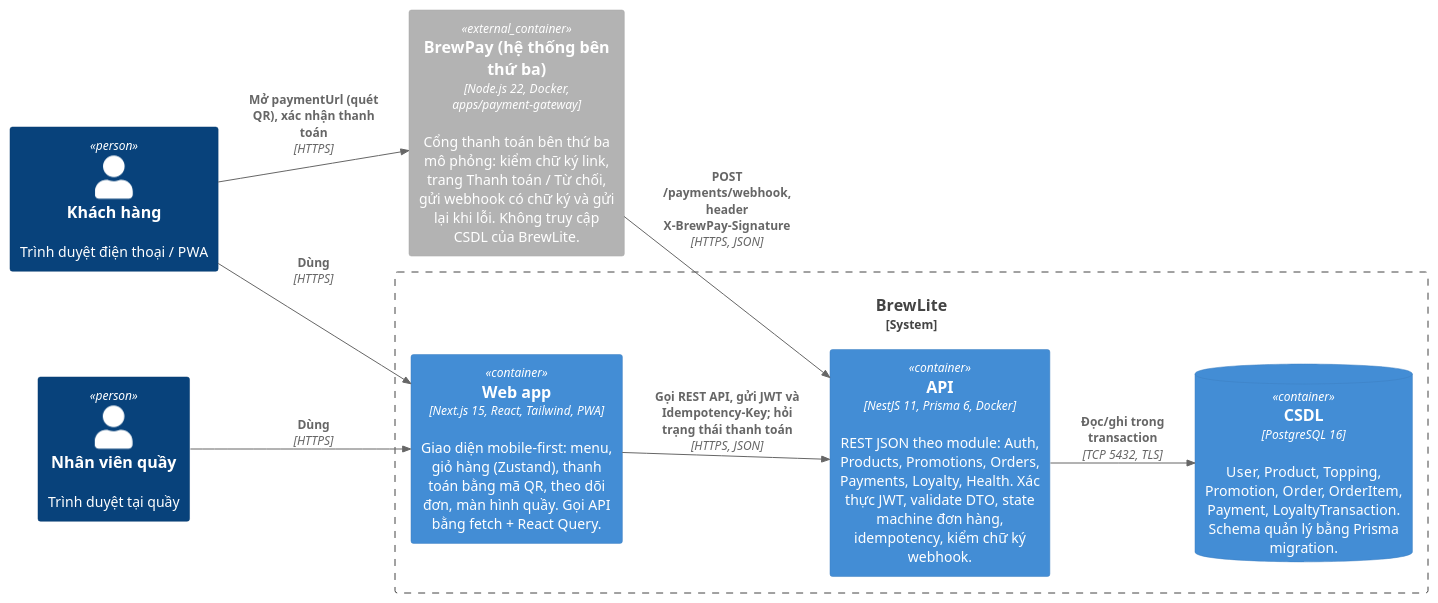
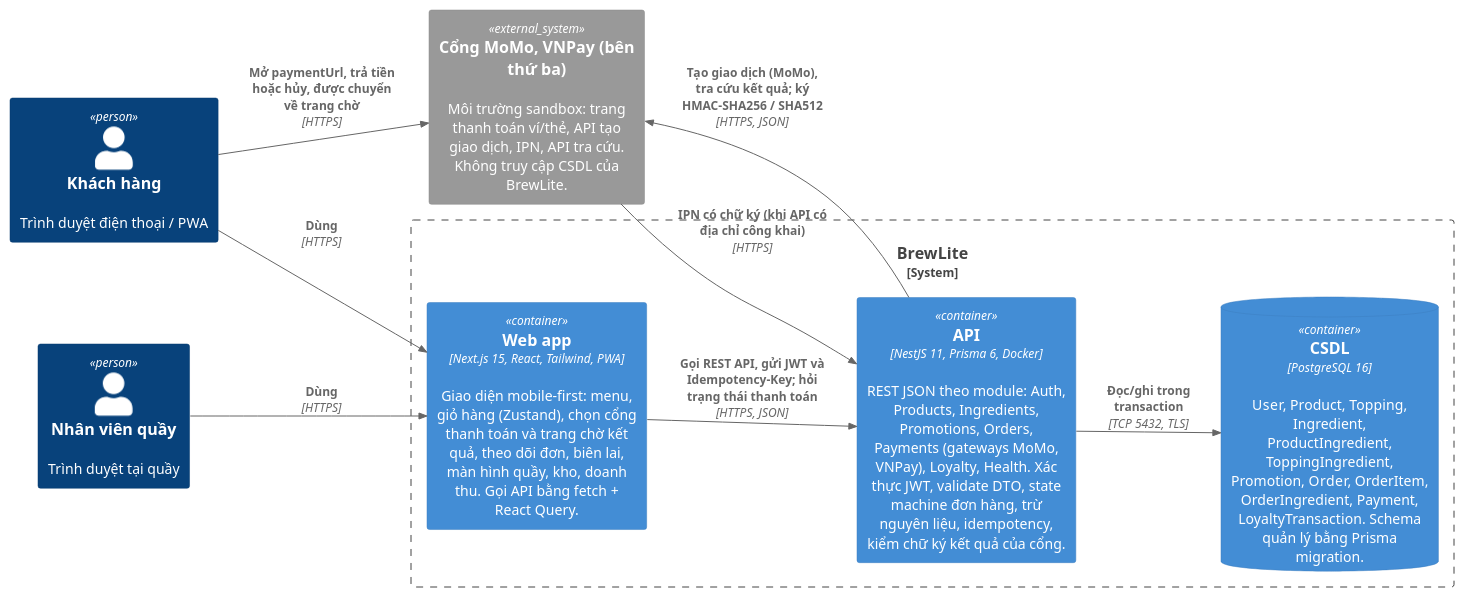
One commit to PhucLee23/brewlite-assignment2 changed the diagram in docs/architecture/c4-container.puml. Above: the diagram before and after it, drawn with PlantUML. The commit also changed 3 other files, not shown here.

Commit message:
docs(architecture): C4 context, container còn 3 dịch vụ, cổng MoMo, VNPay là hệ thống ngoài

```diff
--- a/docs/architecture/c4-container.puml
+++ b/docs/architecture/c4-container.puml
@@ -1,23 +1,24 @@
 @startuml c4-container
 ' C4 mức 2 – Container của BrewLite (Task 3.1)
 !include <C4/C4_Container>
 LAYOUT_LEFT_RIGHT()
 
 Person(customer, "Khách hàng", "Trình duyệt điện thoại / PWA")
 Person(staff, "Nhân viên quầy", "Trình duyệt tại quầy")
 
 System_Boundary(brewlite, "BrewLite") {
-  Container(web, "Web app", "Next.js 15, React, Tailwind, PWA", "Giao diện mobile-first: menu, giỏ hàng (Zustand), thanh toán bằng mã QR, theo dõi đơn, màn hình quầy. Gọi API bằng fetch + React Query.")
-  Container(api, "API", "NestJS 11, Prisma 6, Docker", "REST JSON theo module: Auth, Products, Promotions, Orders, Payments, Loyalty, Health. Xác thực JWT, validate DTO, state machine đơn hàng, idempotency, kiểm chữ ký webhook.")
-  ContainerDb(db, "CSDL", "PostgreSQL 16", "User, Product, Topping, Promotion, Order, OrderItem, Payment, LoyaltyTransaction. Schema quản lý bằng Prisma migration.")
+  Container(web, "Web app", "Next.js 15, React, Tailwind, PWA", "Giao diện mobile-first: menu, giỏ hàng (Zustand), chọn cổng thanh toán và trang chờ kết quả, theo dõi đơn, biên lai, màn hình quầy, kho, doanh thu. Gọi API bằng fetch + React Query.")
+  Container(api, "API", "NestJS 11, Prisma 6, Docker", "REST JSON theo module: Auth, Products, Ingredients, Promotions, Orders, Payments (gateways MoMo, VNPay), Loyalty, Health. Xác thực JWT, validate DTO, state machine đơn hàng, trừ nguyên liệu, idempotency, kiểm chữ ký kết quả của cổng.")
+  ContainerDb(db, "CSDL", "PostgreSQL 16", "User, Product, Topping, Ingredient, ProductIngredient, ToppingIngredient, Promotion, Order, OrderItem, OrderIngredient, Payment, LoyaltyTransaction. Schema quản lý bằng Prisma migration.")
 }
 
-Container_Ext(gateway, "BrewPay (hệ thống bên thứ ba)", "Node.js 22, Docker, apps/payment-gateway", "Cổng thanh toán bên thứ ba mô phỏng: kiểm chữ ký link, trang Thanh toán / Từ chối, gửi webhook có chữ ký và gửi lại khi lỗi. Không truy cập CSDL của BrewLite.")
+System_Ext(gateway, "Cổng MoMo, VNPay (bên thứ ba)", "Môi trường sandbox: trang thanh toán ví/thẻ, API tạo giao dịch, IPN, API tra cứu. Không truy cập CSDL của BrewLite.")
 
 Rel(customer, web, "Dùng", "HTTPS")
 Rel(staff, web, "Dùng", "HTTPS")
-Rel(customer, gateway, "Mở paymentUrl (quét QR), xác nhận thanh toán", "HTTPS")
+Rel(customer, gateway, "Mở paymentUrl, trả tiền hoặc hủy, được chuyển về trang chờ", "HTTPS")
 Rel(web, api, "Gọi REST API, gửi JWT và Idempotency-Key; hỏi trạng thái thanh toán", "HTTPS, JSON")
 Rel(api, db, "Đọc/ghi trong transaction", "TCP 5432, TLS")
-Rel(gateway, api, "POST /payments/webhook, header X-BrewPay-Signature", "HTTPS, JSON")
+Rel(api, gateway, "Tạo giao dịch (MoMo), tra cứu kết quả; ký HMAC-SHA256 / SHA512", "HTTPS, JSON")
+Rel(gateway, api, "IPN có chữ ký (khi API có địa chỉ công khai)", "HTTPS")
 @enduml
```
